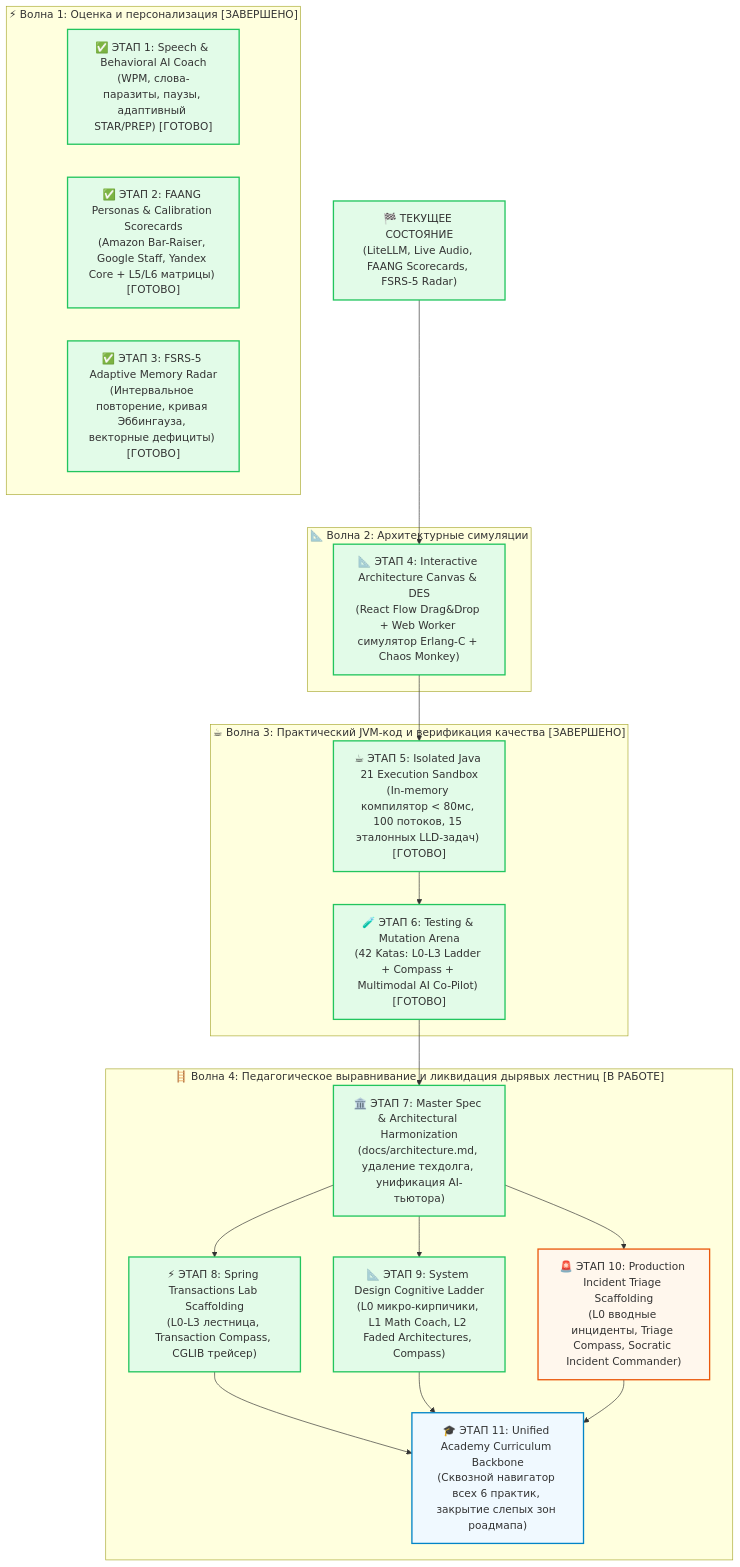
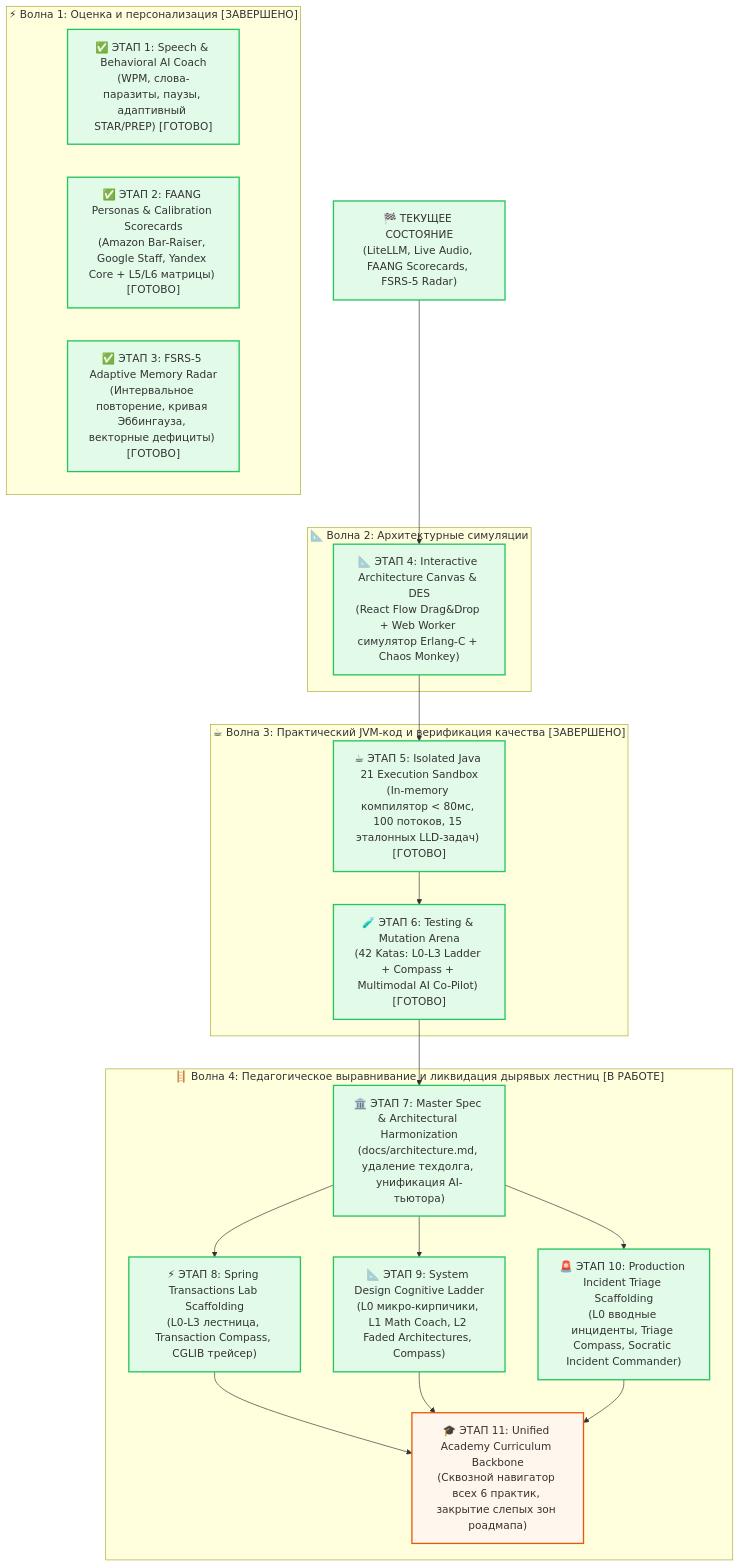
One commit to iliaIz/interview_tutor changed the diagram in docs/roadmap/00_MASTER_ROADMAP.md. Above: the diagram before and after it, drawn with Mermaid. The commit also changed other lines of this file and 7 other files, not shown here.

````diff
--- a/docs/roadmap/00_MASTER_ROADMAP.md
+++ b/docs/roadmap/00_MASTER_ROADMAP.md
@@ -27,42 +27,41 @@
 ```mermaid
 flowchart TD
     Current["🏁 ТЕКУЩЕЕ СОСТОЯНИЕ\n(LiteLLM, Live Audio, FAANG Scorecards, FSRS-5 Radar)"]
 
     subgraph Wave1 ["⚡ Волна 1: Оценка и персонализация [ЗАВЕРШЕНО]"]
         Phase1["✅ ЭТАП 1: Speech & Behavioral AI Coach\n(WPM, слова-паразиты, паузы, адаптивный STAR/PREP) [ГОТОВО]"]
         Phase2["✅ ЭТАП 2: FAANG Personas & Calibration Scorecards\n(Amazon Bar-Raiser, Google Staff, Yandex Core + L5/L6 матрицы) [ГОТОВО]"]
         Phase3["✅ ЭТАП 3: FSRS-5 Adaptive Memory Radar\n(Интервальное повторение, кривая Эббингауза, векторные дефициты) [ГОТОВО]"]
     end
 
     subgraph Wave2 ["📐 Волна 2: Архитектурные симуляции"]
         Phase4["📐 ЭТАП 4: Interactive Architecture Canvas & DES\n(React Flow Drag&Drop + Web Worker симулятор Erlang-C + Chaos Monkey)"]
     end
 
     subgraph Wave3 ["☕ Волна 3: Практический JVM-код и верификация качества [ЗАВЕРШЕНО]"]
         Phase5["☕ ЭТАП 5: Isolated Java 21 Execution Sandbox\n(In-memory компилятор < 80мс, 100 потоков, 15 эталонных LLD-задач) [ГОТОВО]"]
         Phase6["🧪 ЭТАП 6: Testing & Mutation Arena\n(42 Katas: L0-L3 Ladder + Compass + Multimodal AI Co-Pilot) [ГОТОВО]"]
     end
 
     subgraph Wave4 ["🪜 Волна 4: Педагогическое выравнивание и ликвидация дырявых лестниц [В РАБОТЕ]"]
         Phase7["🏛️ ЭТАП 7: Master Spec & Architectural Harmonization\n(docs/architecture.md, удаление техдолга, унификация AI-тьютора)"]
         Phase8["⚡ ЭТАП 8: Spring Transactions Lab Scaffolding\n(L0-L3 лестница, Transaction Compass, CGLIB трейсер)"]
         Phase9["📐 ЭТАП 9: System Design Cognitive Ladder\n(L0 микро-кирпичики, L1 Math Coach, L2 Faded Architectures, Compass)"]
         Phase10["🚨 ЭТАП 10: Production Incident Triage Scaffolding\n(L0 вводные инциденты, Triage Compass, Socratic Incident Commander)"]
         Phase11["🎓 ЭТАП 11: Unified Academy Curriculum Backbone\n(Сквозной навигатор всех 6 практик, закрытие слепых зон роадмапа)"]
     end
 
     Current --> Phase4
     Phase4 --> Phase5
     Phase5 --> Phase6
     Phase6 --> Phase7
     Phase7 --> Phase8 & Phase9 & Phase10
     Phase8 & Phase9 & Phase10 --> Phase11
 
     classDef done fill:#e2fbe8,stroke:#22c55e,stroke-width:2px;
     classDef currentPhase fill:#fff7ed,stroke:#ea580c,stroke-width:2px;
     classDef queued fill:#f0f9ff,stroke:#0284c7,stroke-width:2px;
 
-    class Current,Phase1,Phase2,Phase3,Phase4,Phase5,Phase6,Phase7,Phase8,Phase9 done;
-    class Phase10 currentPhase;
-    class Phase11 queued;
+    class Current,Phase1,Phase2,Phase3,Phase4,Phase5,Phase6,Phase7,Phase8,Phase9,Phase10 done;
+    class Phase11 currentPhase;
 ```
````
